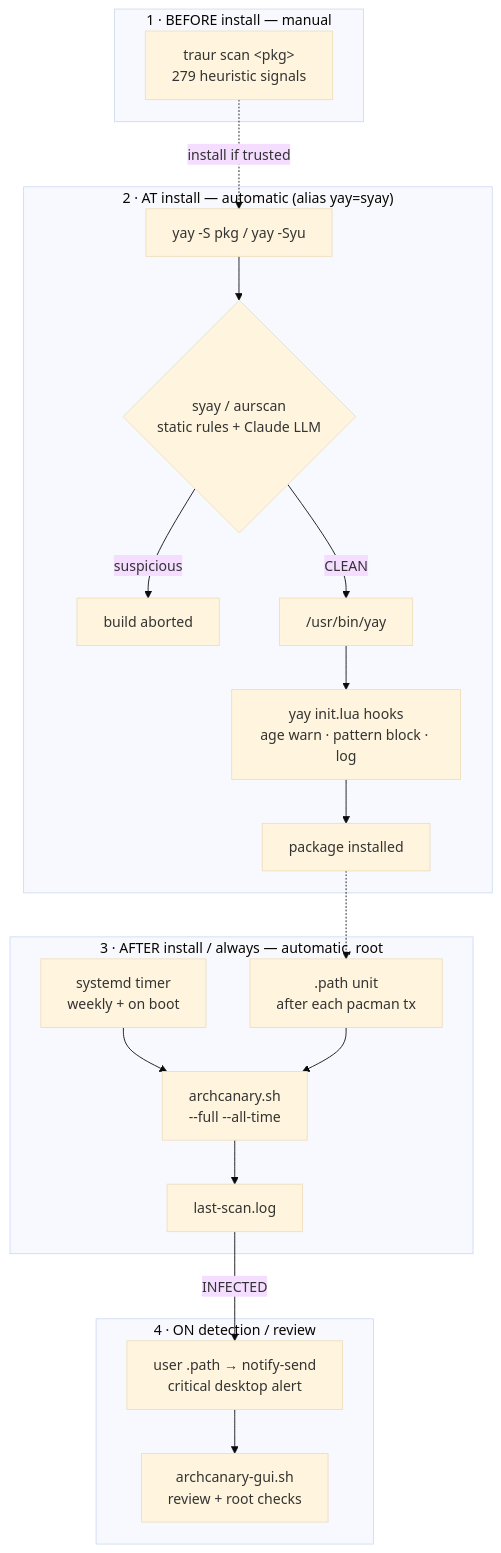
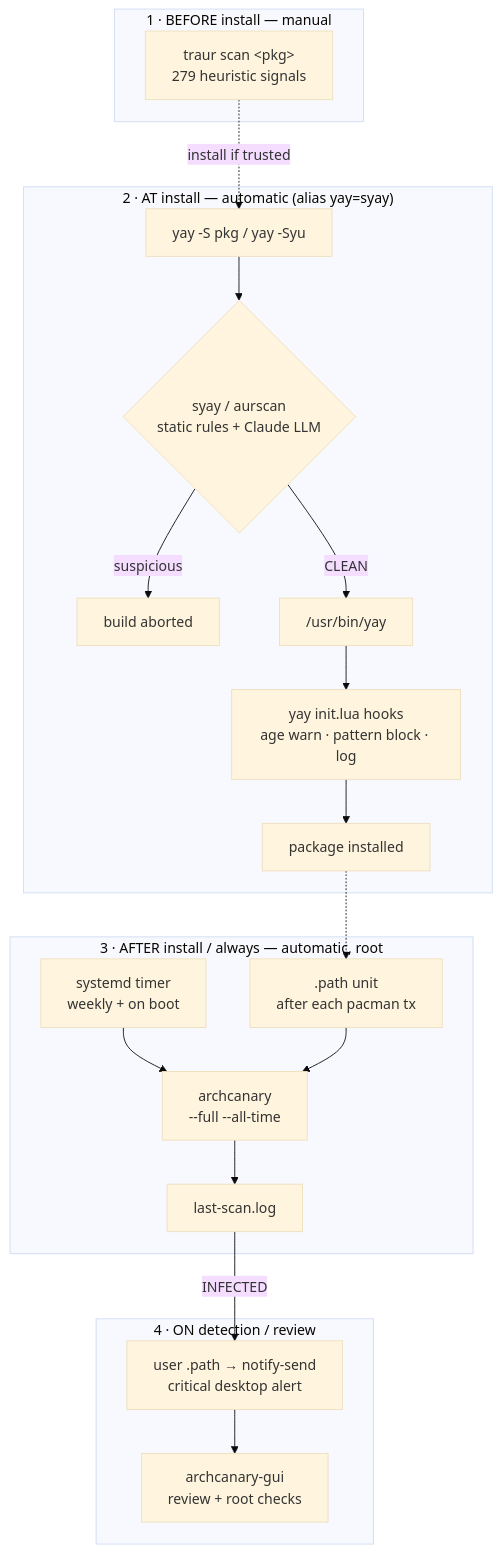
One commit to musqz/archcanary changed the diagram in docs/overview.md. Above: the diagram before and after it, drawn with Mermaid (base theme). The commit also changed other lines of this file and 5 other files, not shown here.

First line of the commit message:
fix: replace archcanary.sh with archcanary in all user-facing text

````diff
--- a/docs/overview.md
+++ b/docs/overview.md
@@ -10,28 +10,28 @@
 ```mermaid
 flowchart TD
     subgraph PRE["1 · BEFORE install — manual"]
         T["traur scan &lt;pkg&gt;<br/>279 heuristic signals"]
     end
 
     subgraph AT["2 · AT install — automatic (alias yay=syay)"]
         U["yay -S pkg / yay -Syu"] --> SY{"syay / aurscan<br/>static rules + Claude LLM"}
         SY -->|suspicious| AB["build aborted"]
         SY -->|CLEAN| Y["/usr/bin/yay"]
         Y --> LUA["yay init.lua hooks<br/>age warn · pattern block · log"]
         LUA --> OK["package installed"]
     end
 
     subgraph AFTER["3 · AFTER install / always — automatic, root"]
-        TIM["systemd timer<br/>weekly + on boot"] --> SCAN["archcanary.sh<br/>--full --all-time"]
+        TIM["systemd timer<br/>weekly + on boot"] --> SCAN["archcanary<br/>--full --all-time"]
         PTH[".path unit<br/>after each pacman tx"] --> SCAN
         SCAN --> LOG["last-scan.log"]
     end
 
     subgraph ALERT["4 · ON detection / review"]
         LOG -->|INFECTED| NOT["user .path → notify-send<br/>critical desktop alert"]
-        NOT --> GUI["archcanary-gui.sh<br/>review + root checks"]
+        NOT --> GUI["archcanary-gui<br/>review + root checks"]
     end
 
     T -.->|install if trusted| U
     OK -.-> PTH
 ```
````
